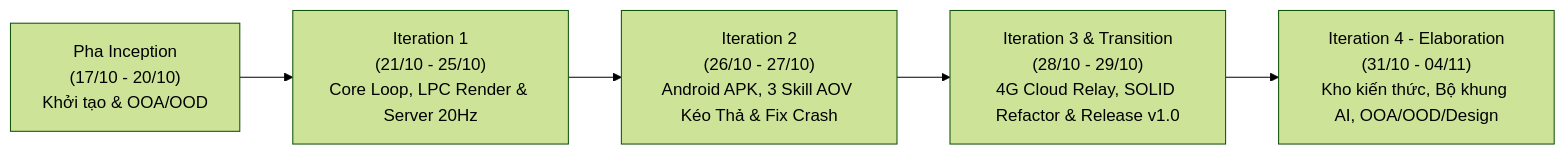
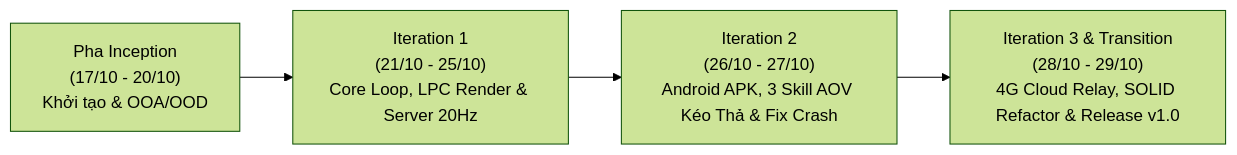
The diagram in Docs_BaoCao/1_QuanLy_Nhom_Va_NhatKy/01_NhatKy_TienDo_Va_SuaLoi.md (Tran1209/UML-Patterns-Mastery), drawn with Mermaid (forest theme) before and after one commit. The commit also changed other lines of this file and 3 other files, not shown here.

````diff
--- a/Docs_BaoCao/1_QuanLy_Nhom_Va_NhatKy/01_NhatKy_TienDo_Va_SuaLoi.md
+++ b/Docs_BaoCao/1_QuanLy_Nhom_Va_NhatKy/01_NhatKy_TienDo_Va_SuaLoi.md
@@ -53,7 +53,6 @@
 ```mermaid
 flowchart LR
     I["Pha Inception<br>(17/10 - 20/10)<br>Khởi tạo & OOA/OOD"] --> E1["Iteration 1<br>(21/10 - 25/10)<br>Core Loop, LPC Render & Server 20Hz"]
     E1 --> E2["Iteration 2<br>(26/10 - 27/10)<br>Android APK, 3 Skill AOV Kéo Thả & Fix Crash"]
     E2 --> C["Iteration 3 & Transition<br>(28/10 - 29/10)<br>4G Cloud Relay, SOLID Refactor & Release v1.0"]
-    C --> E4["Iteration 4 - Elaboration<br>(31/10 - 04/11)<br>Kho kiến thức, Bộ khung AI, OOA/OOD/Design"]
 ```
````
